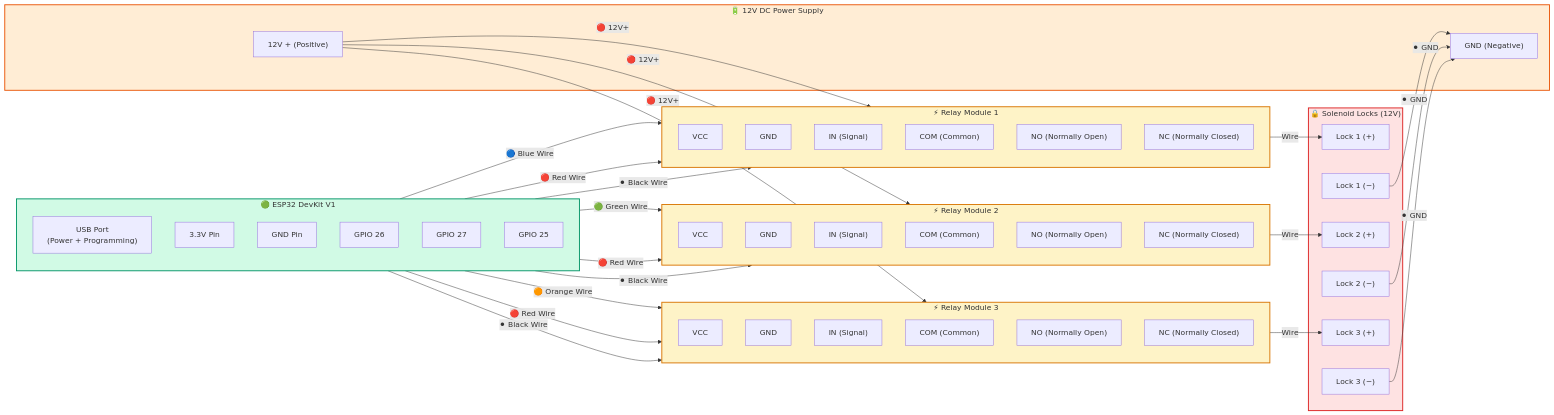
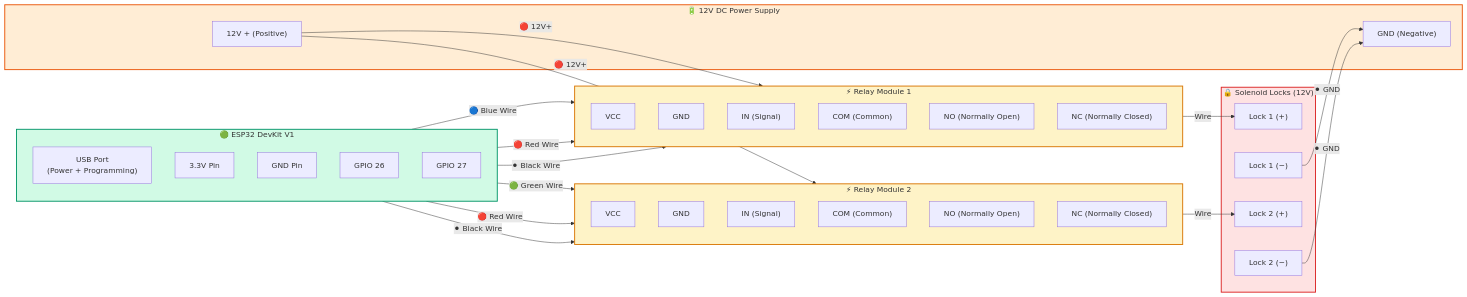
Before and after one commit to ermaasofia/SmartParcelLockerSystem: the second of 9 diagrams in wiring.md, drawn with Mermaid. The commit also changed other lines of this file and 3 other files, not shown here.

````diff
--- a/wiring.md
+++ b/wiring.md
@@ -83,7 +77,6 @@
         GND_E["GND Pin"]
         G26["GPIO 26"]
         G27["GPIO 27"]
-        G25["GPIO 25"]
     end
 
     subgraph RELAY1 ["⚡ Relay Module 1"]
@@ -106,23 +99,11 @@
         R2_NC["NC (Normally Closed)"]
     end
 
-    subgraph RELAY3 ["⚡ Relay Module 3"]
-        direction TB
-        R3_VCC["VCC"]
-        R3_GND["GND"]
-        R3_IN["IN (Signal)"]
-        R3_COM["COM (Common)"]
-        R3_NO["NO (Normally Open)"]
-        R3_NC["NC (Normally Closed)"]
-    end
-
     subgraph SOL ["🔒 Solenoid Locks (12V)"]
         S1_P["Lock 1 (+)"]
         S1_N["Lock 1 (−)"]
         S2_P["Lock 2 (+)"]
         S2_N["Lock 2 (−)"]
-        S3_P["Lock 3 (+)"]
-        S3_N["Lock 3 (−)"]
     end
 
     subgraph PSU ["🔋 12V DC Power Supply"]
@@ -133,29 +114,22 @@
     %% Signal Side Wiring
     G26 -->|"🔵 Blue Wire"| R1_IN
     G27 -->|"🟢 Green Wire"| R2_IN
-    G25 -->|"🟠 Orange Wire"| R3_IN
     V33 -->|"🔴 Red Wire"| R1_VCC
     V33 -->|"🔴 Red Wire"| R2_VCC
-    V33 -->|"🔴 Red Wire"| R3_VCC
     GND_E -->|"⚫ Black Wire"| R1_GND
     GND_E -->|"⚫ Black Wire"| R2_GND
-    GND_E -->|"⚫ Black Wire"| R3_GND
 
     %% Load Side Wiring
     PSU_P -->|"🔴 12V+"| R1_COM
     PSU_P -->|"🔴 12V+"| R2_COM
-    PSU_P -->|"🔴 12V+"| R3_COM
     R1_NO -->|"Wire"| S1_P
     R2_NO -->|"Wire"| S2_P
-    R3_NO -->|"Wire"| S3_P
     S1_N -->|"⚫ GND"| PSU_N
     S2_N -->|"⚫ GND"| PSU_N
-    S3_N -->|"⚫ GND"| PSU_N
 
     style ESP32_DEV fill:#d1fae5,stroke:#059669,stroke-width:2px
     style RELAY1 fill:#fef3c7,stroke:#d97706,stroke-width:2px
     style RELAY2 fill:#fef3c7,stroke:#d97706,stroke-width:2px
-    style RELAY3 fill:#fef3c7,stroke:#d97706,stroke-width:2px
     style SOL fill:#fee2e2,stroke:#dc2626,stroke-width:2px
     style PSU fill:#ffedd5,stroke:#ea580c,stroke-width:2px
 ```
````
